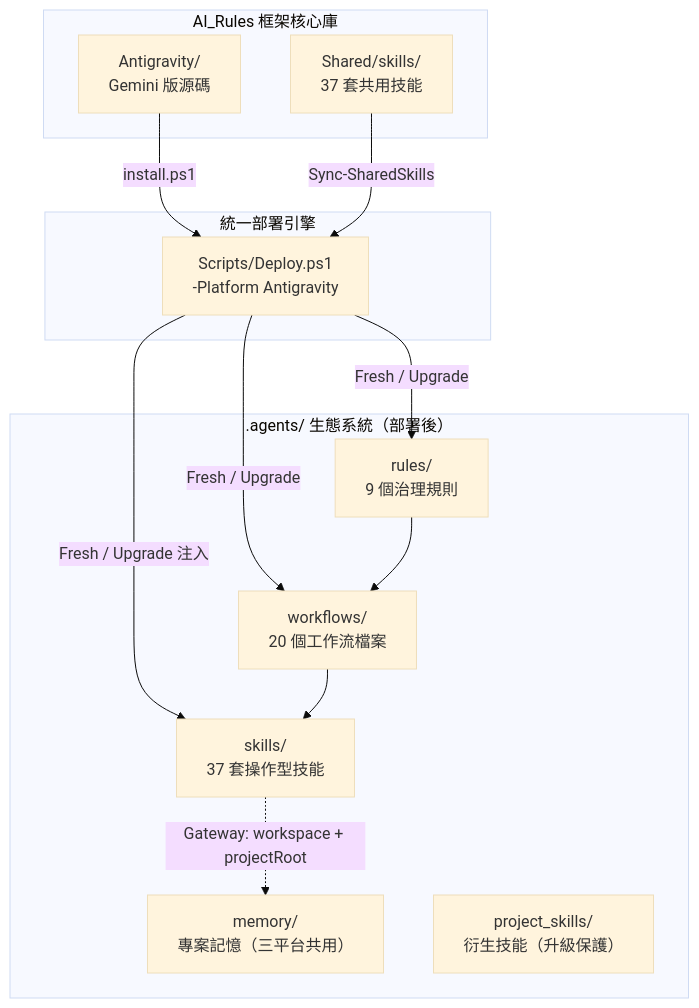
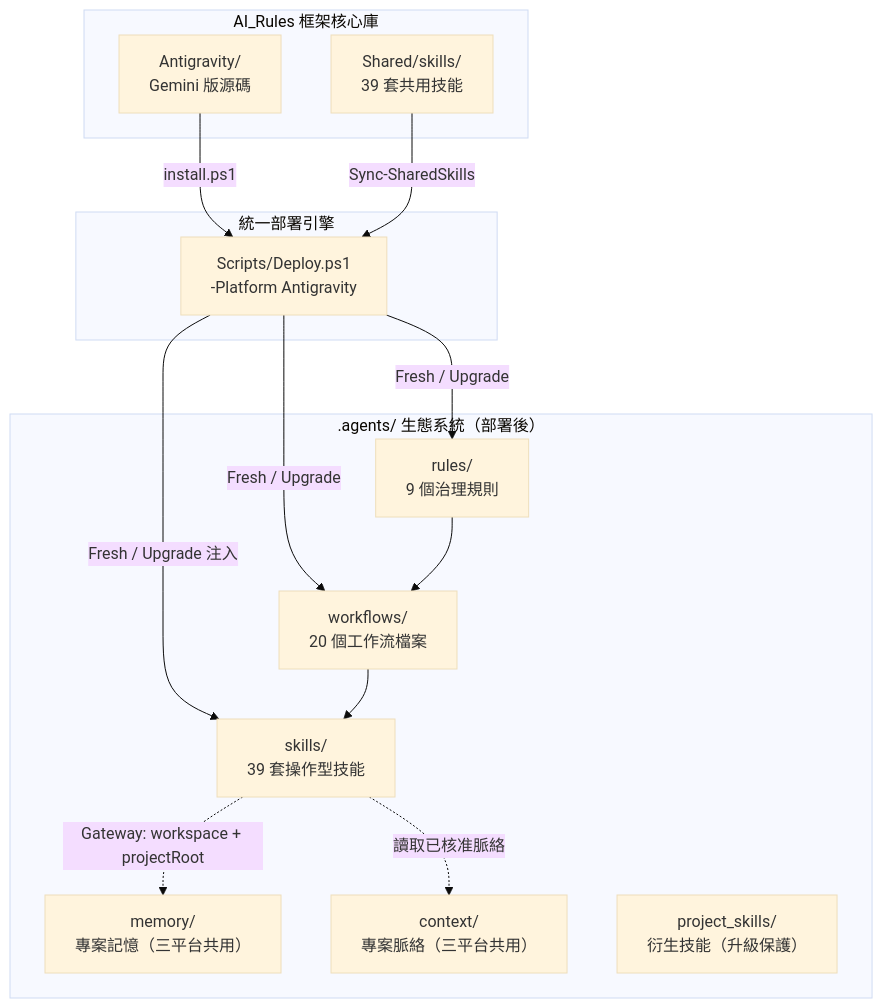
One commit to Kunshao1117/AI_Rules changed the first of 3 diagrams in Antigravity/README.md. Above: the diagram before and after it, drawn with Mermaid (base theme). The commit also changed other lines of this file and 59 other files, not shown here.

````diff
--- a/Antigravity/README.md
+++ b/Antigravity/README.md
@@ -79,28 +81,30 @@
 ```mermaid
 graph TB
     subgraph "AI_Rules 框架核心庫"
         SRC["Antigravity/<br/>Gemini 版源碼"]
-        SH["Shared/skills/<br/>37 套共用技能"]
+        SH["Shared/skills/<br/>39 套共用技能"]
     end
 
     subgraph "統一部署引擎"
         DEPLOY["Scripts/Deploy.ps1<br/>-Platform Antigravity"]
     end
 
     subgraph ".agents/ 生態系統（部署後）"
         RULES["rules/<br/>9 個治理規則"]
         WF["workflows/<br/>20 個工作流檔案"]
-        SKILLS["skills/<br/>37 套操作型技能"]
+        SKILLS["skills/<br/>39 套操作型技能"]
         MEM["memory/<br/>專案記憶（三平台共用）"]
+        CTX["context/<br/>專案脈絡（三平台共用）"]
         PROJ["project_skills/<br/>衍生技能（升級保護）"]
     end
 
     SRC -->|"install.ps1"| DEPLOY
     SH -->|"Sync-SharedSkills"| DEPLOY
     DEPLOY -->|"Fresh / Upgrade"| RULES
     DEPLOY -->|"Fresh / Upgrade"| WF
     DEPLOY -->|"Fresh / Upgrade 注入"| SKILLS
     RULES --> WF
     WF --> SKILLS
     SKILLS -.->|"Gateway: workspace + projectRoot"| MEM
+    SKILLS -.->|"讀取已核准脈絡"| CTX
 ```
````
